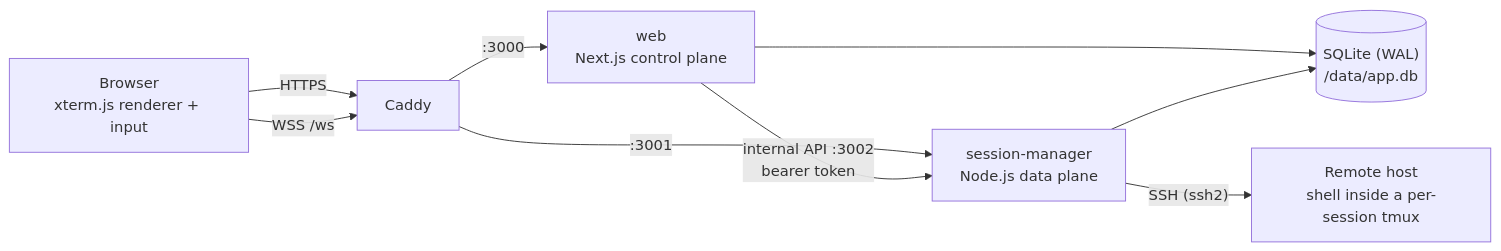
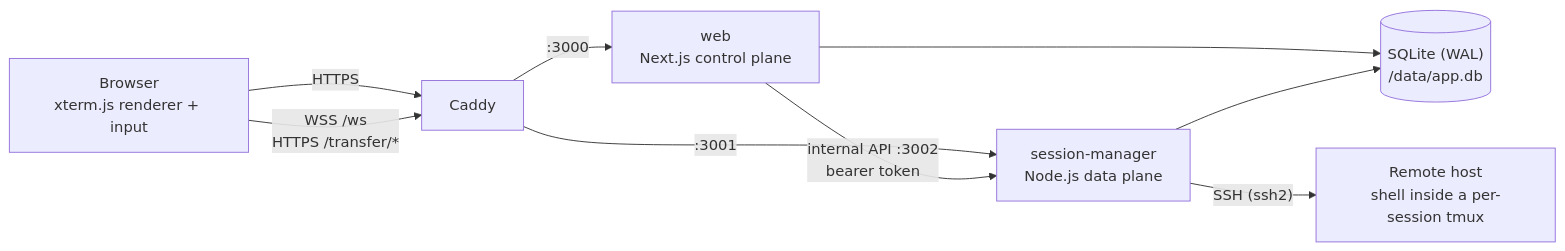
Before and after one commit to ativaone/termavox: the first of 2 diagrams in docs/architecture.md, drawn with Mermaid. The commit also changed other lines of this file and 6 other files, not shown here.

Commit message:
File panel docs: plan, architecture, security, configuration, nginx settings for uploads, changelog

````diff
--- a/docs/architecture.md
+++ b/docs/architecture.md
@@ -11,11 +11,11 @@
 ```mermaid
 flowchart LR
   B["Browser<br/>xterm.js renderer + input"] -- "HTTPS" --> C["Caddy"]
-  B -- "WSS /ws" --> C
+  B -- "WSS /ws<br/>HTTPS /transfer/*" --> C
   C -- ":3000" --> W["web<br/>Next.js control plane"]
   C -- ":3001" --> S["session-manager<br/>Node.js data plane"]
   W -- "internal API :3002<br/>bearer token" --> S
   W --> D[("SQLite (WAL)<br/>/data/app.db")]
   S --> D
   S -- "SSH (ssh2)" --> H["Remote host<br/>shell inside a per-session tmux"]
 ```
````
